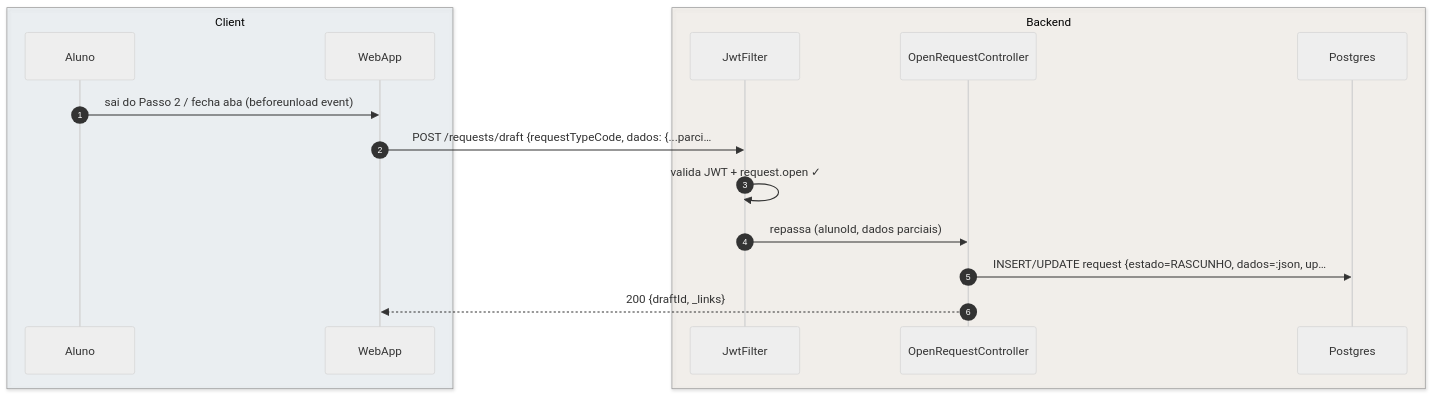
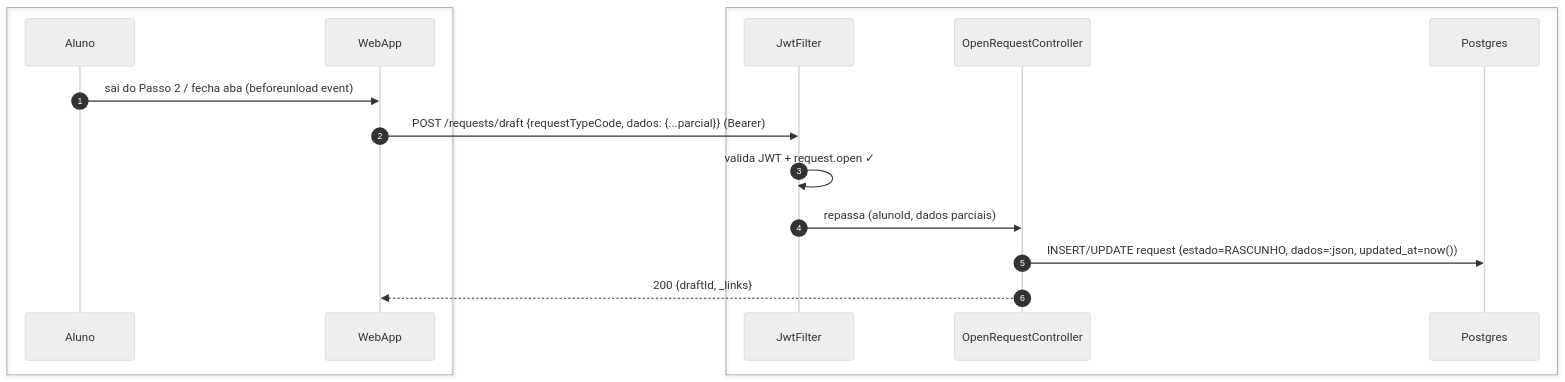
Before and after one commit to umishell/secretariaOnline2: the fifth of 8 diagrams in foundationDocs/sequenceDiagrams/F1 — Aluno/US-F1-005-SOLICITACOES.md, drawn with Mermaid (neutral theme). The commit also changed other lines of this file and 70 other files, not shown here.

First line of the commit message:
Enhance database documentation and introduce new schema files

````diff
--- a/foundationDocs/sequenceDiagrams/F1 — Aluno/US-F1-005-SOLICITACOES.md
+++ b/foundationDocs/sequenceDiagrams/F1 — Aluno/US-F1-005-SOLICITACOES.md
@@ -222,20 +222,20 @@
 ```mermaid
 sequenceDiagram
     autonumber
-    box rgba(230,245,255,0.3) Client
+    box #e8f4fc Cliente
         participant Aluno
         participant WebApp
     end
-    box rgba(255,245,230,0.3) Backend
+    box #fff8ee Servidor
         participant JwtFilter
         participant OpenRequestController
         participant Postgres
     end
 
     Aluno->>WebApp: sai do Passo 2 / fecha aba (beforeunload event)
-    WebApp->>JwtFilter: POST /requests/draft {requestTypeCode, dados: {...parci…
+    WebApp->>JwtFilter: POST /requests/draft {requestTypeCode, dados: {...parcial}} (Bearer)
     JwtFilter->>JwtFilter: valida JWT + request.open ✓
     JwtFilter->>OpenRequestController: repassa (alunoId, dados parciais)
-    OpenRequestController->>Postgres: INSERT/UPDATE request {estado=RASCUNHO, dados=:json, up…
+    OpenRequestController->>Postgres: INSERT/UPDATE request {estado=RASCUNHO, dados=:json, updated_at=now())
     OpenRequestController-->>WebApp: 200 {draftId, _links}
 ```
````
